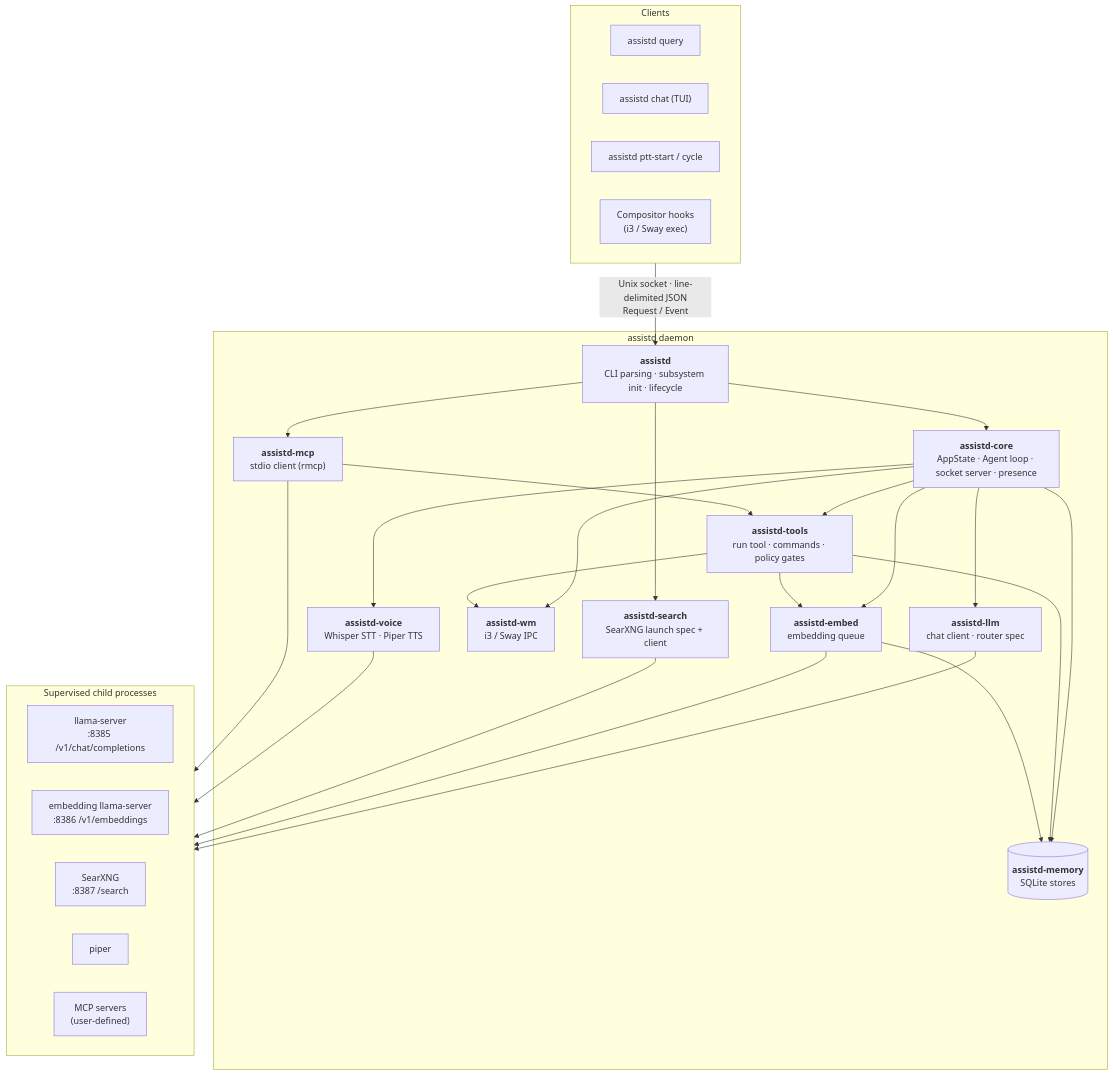
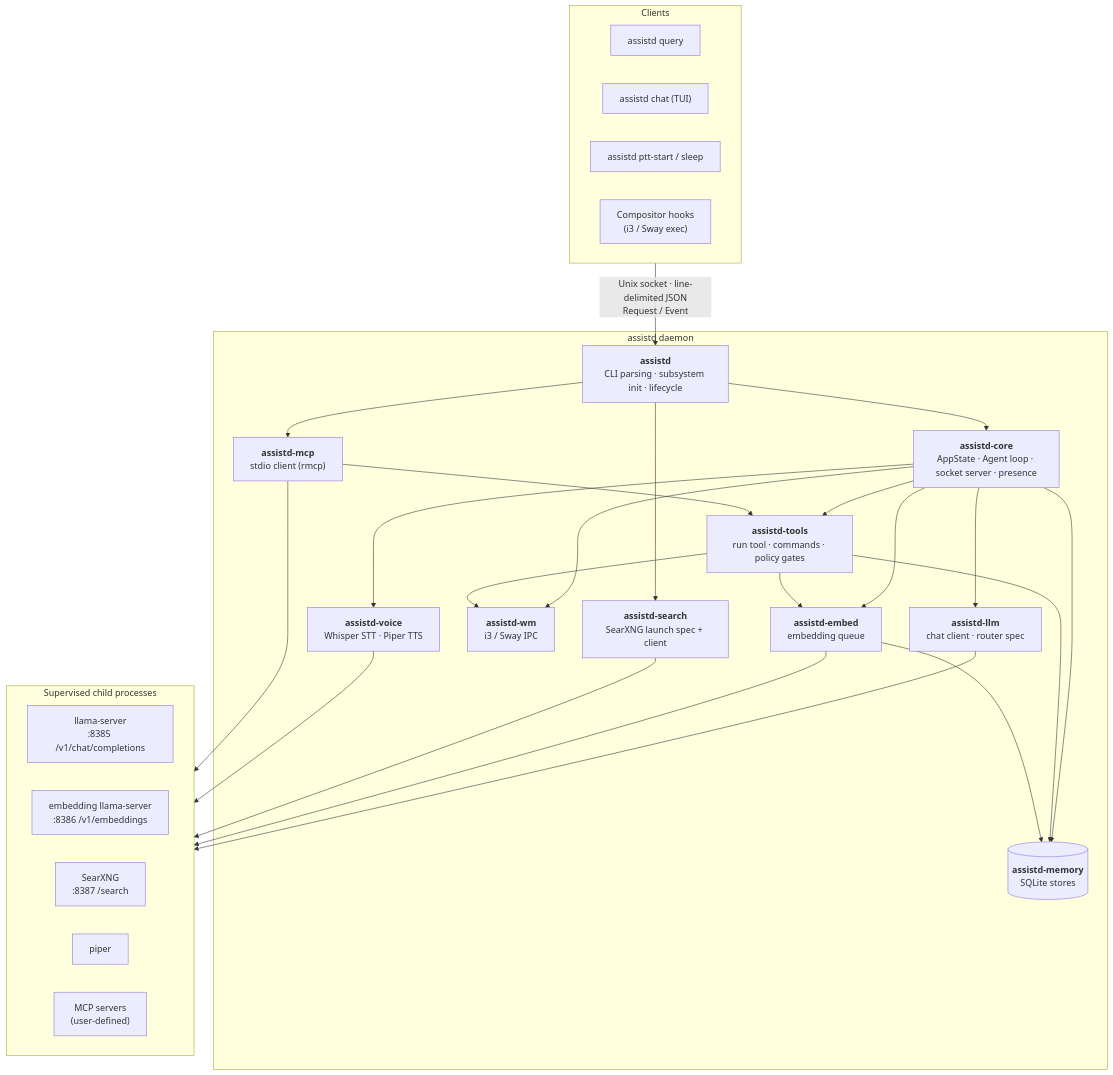
The diagram in docs/architecture.md (gnolruf/assistd), drawn with Mermaid before and after one commit. The commit also changed other lines of this file and 48 other files, not shown here.

````diff
--- a/docs/architecture.md
+++ b/docs/architecture.md
@@ -10,47 +10,47 @@
 ```mermaid
 flowchart TB
     subgraph clients["Clients"]
         direction LR
         query["assistd query"]
         chat["assistd chat (TUI)"]
-        ptt["assistd ptt-start / cycle"]
+        ptt["assistd ptt-start / sleep"]
         hooks["Compositor hooks<br/>(i3 / Sway exec)"]
     end
 
     subgraph daemon["assistd daemon"]
         bin["<b>assistd</b><br/>CLI parsing · subsystem init · lifecycle"]
         core["<b>assistd-core</b><br/>AppState · Agent loop · socket server · presence"]
         llm["<b>assistd-llm</b><br/>chat client · router spec"]
         tools["<b>assistd-tools</b><br/>run tool · commands · policy gates"]
         voice["<b>assistd-voice</b><br/>Whisper STT · Piper TTS"]
         wm["<b>assistd-wm</b><br/>i3 / Sway IPC"]
         mcp["<b>assistd-mcp</b><br/>stdio client (rmcp)"]
         memory[("<b>assistd-memory</b><br/>SQLite stores")]
         embed["<b>assistd-embed</b><br/>embedding queue"]
         search["<b>assistd-search</b><br/>SearXNG launch spec + client"]
     end
 
     subgraph external["Supervised child processes"]
         direction LR
         llama["llama-server<br/>:8385 /v1/chat/completions"]
         embedsrv["embedding llama-server<br/>:8386 /v1/embeddings"]
         searxng["SearXNG<br/>:8387 /search"]
         piper["piper"]
         mcpsrv["MCP servers<br/>(user-defined)"]
     end
 
     clients -- "Unix socket · line-delimited JSON<br/>Request / Event" --> bin
     bin --> core
     bin --> mcp & search
     core --> llm & tools & voice & wm & memory & embed
     tools --> memory & wm
     mcp --> tools
     embed --> memory
     tools --> embed
 
     llm --> llama
     embed --> embedsrv
     search --> searxng
     voice --> piper
     mcp --> mcpsrv
 ```
````
